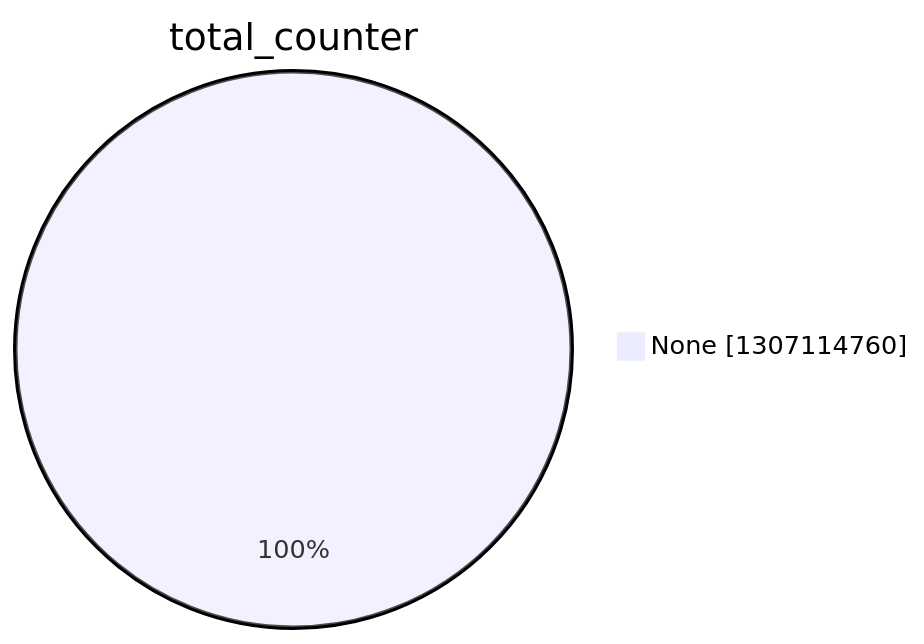
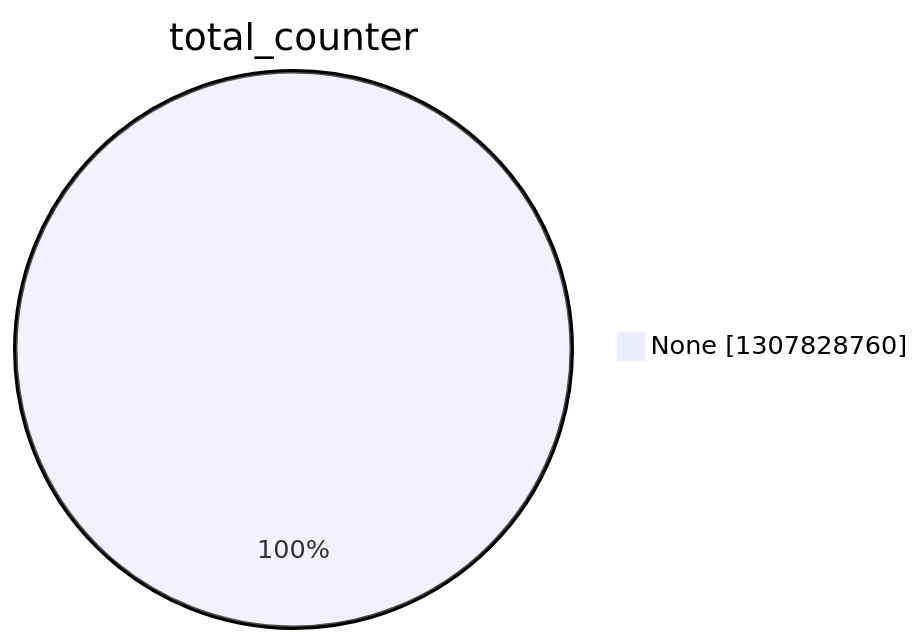
One commit to christiankrug/ctmonitor_visualization changed the second of 15 diagrams in argon2022/README.md. Above: the diagram before and after it, drawn with Mermaid. The commit also changed other lines of this file, not shown here.

````diff
--- a/argon2022/README.md
+++ b/argon2022/README.md
@@ -9,5 +9,5 @@
 ```mermaid
 pie showData
 title total_counter
-"None" :1307114760
+"None" :1307828760
 ```
````
